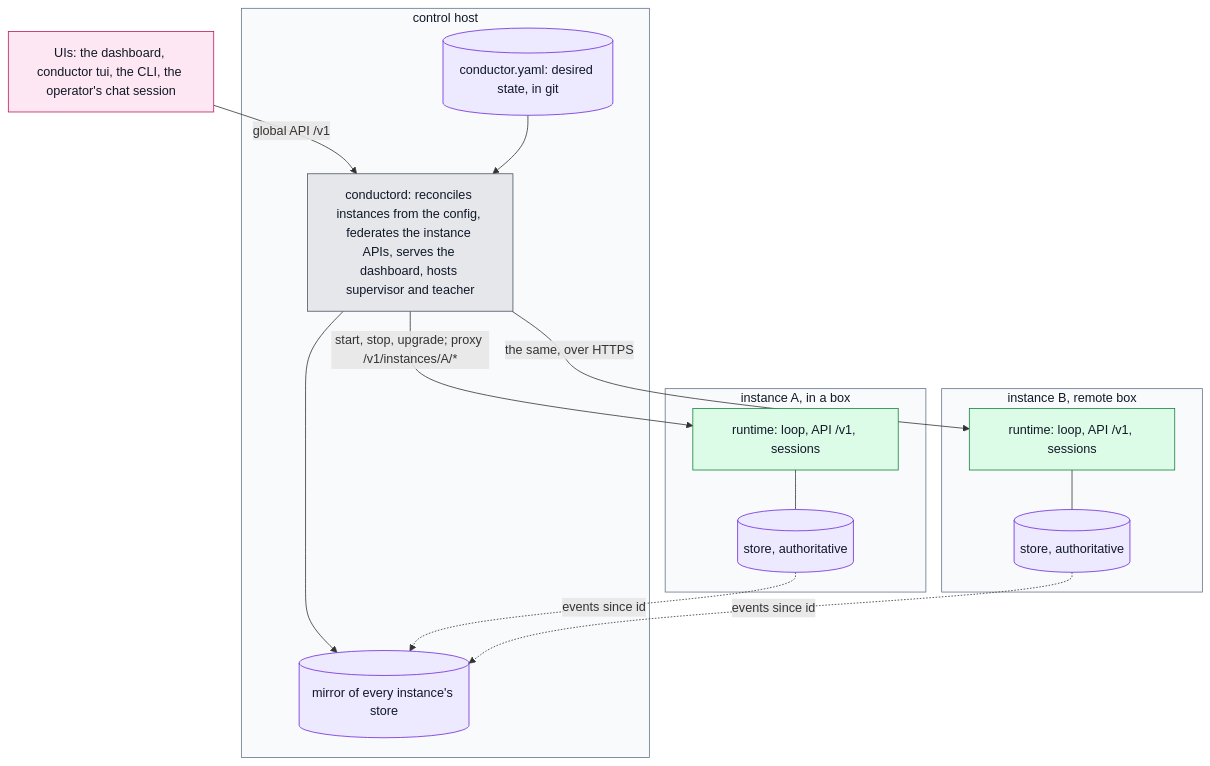
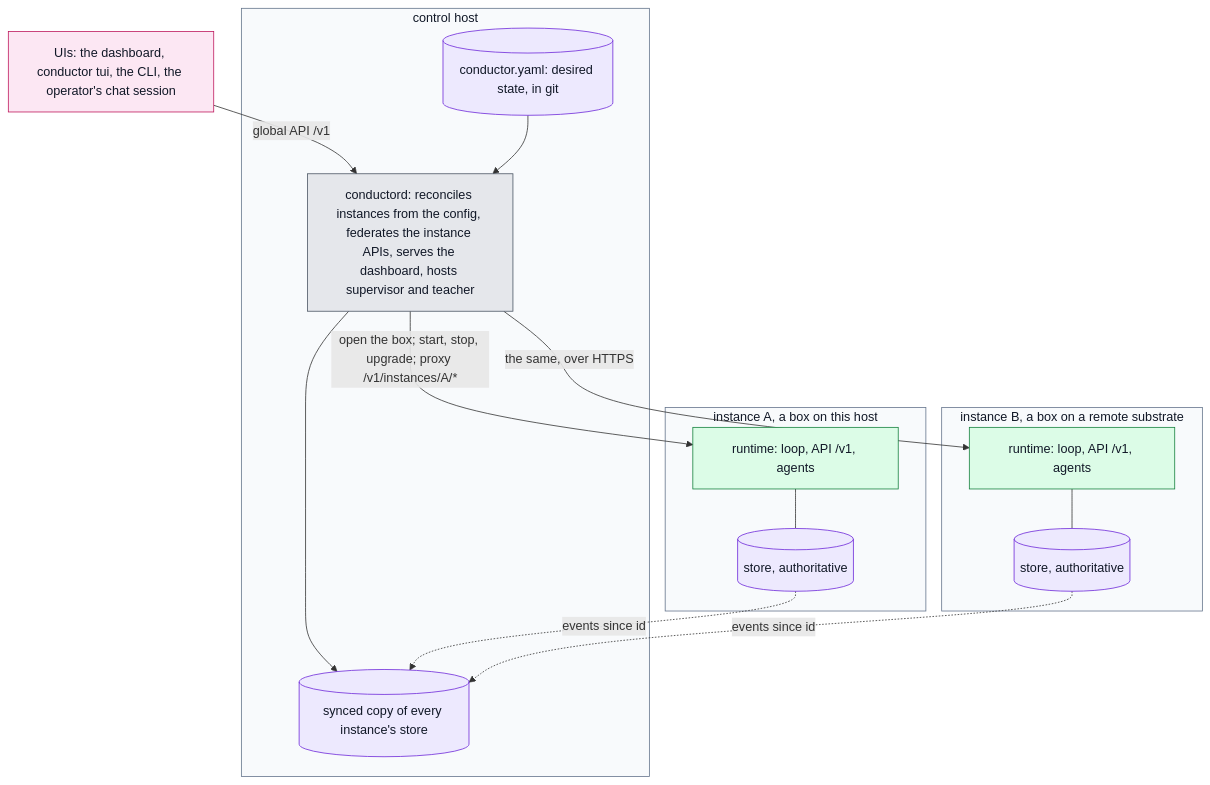
The sixth of 12 diagrams in website/docs/concepts/architecture.md (beyond10x/conductor), drawn with Mermaid before and after one commit. The commit also changed other lines of this file and 1 other file, not shown here.

First line of the commit message:
design: the daemon on a remote box, the token pool, actors by type, the Claude app as a UI

````diff
--- a/website/docs/concepts/architecture.md
+++ b/website/docs/concepts/architecture.md
@@ -327,30 +329,30 @@
 ```mermaid
 flowchart TB
   classDef host fill:#dbeafe,stroke:#1d4ed8,color:#111827
   classDef model fill:#dcfce7,stroke:#15803d,color:#111827
   classDef nomodel fill:#e5e7eb,stroke:#4b5563,color:#111827
   classDef store fill:#ede9fe,stroke:#6d28d9,color:#111827
   classDef cmd fill:#fce7f3,stroke:#be185d,color:#111827
   ui["UIs: the dashboard, conductor tui, the CLI, the operator's chat session"]:::cmd
   ui -->|global API /v1| d
   subgraph ctl["control host"]
     d["conductord: reconciles instances from the config, federates the instance APIs, serves the dashboard, hosts supervisor and teacher"]:::nomodel
     cfg[("conductor.yaml: desired state, in git")]:::store
-    mirror[("mirror of every instance's store")]:::store
+    sync[("synced copy of every instance's store")]:::store
     cfg --> d
-    d --> mirror
+    d --> sync
   end
   style ctl fill:#f8fafc,stroke:#64748b,color:#111827
-  d -->|start, stop, upgrade; proxy /v1/instances/A/*| ra
+  d -->|open the box; start, stop, upgrade; proxy /v1/instances/A/*| ra
   d -->|the same, over HTTPS| rb
-  subgraph ia["instance A, in a box"]
-    ra["runtime: loop, API /v1, sessions"]:::model --- sa[("store, authoritative")]:::store
+  subgraph ia["instance A, a box on this host"]
+    ra["runtime: loop, API /v1, agents"]:::model --- sa[("store, authoritative")]:::store
   end
-  subgraph ib["instance B, remote box"]
-    rb["runtime: loop, API /v1, sessions"]:::model --- sb[("store, authoritative")]:::store
+  subgraph ib["instance B, a box on a remote substrate"]
+    rb["runtime: loop, API /v1, agents"]:::model --- sb[("store, authoritative")]:::store
   end
   style ia fill:#f8fafc,stroke:#64748b,color:#111827
   style ib fill:#f8fafc,stroke:#64748b,color:#111827
-  sa -.->|events since id| mirror
-  sb -.->|events since id| mirror
+  sa -.->|events since id| sync
+  sb -.->|events since id| sync
 ```
````
